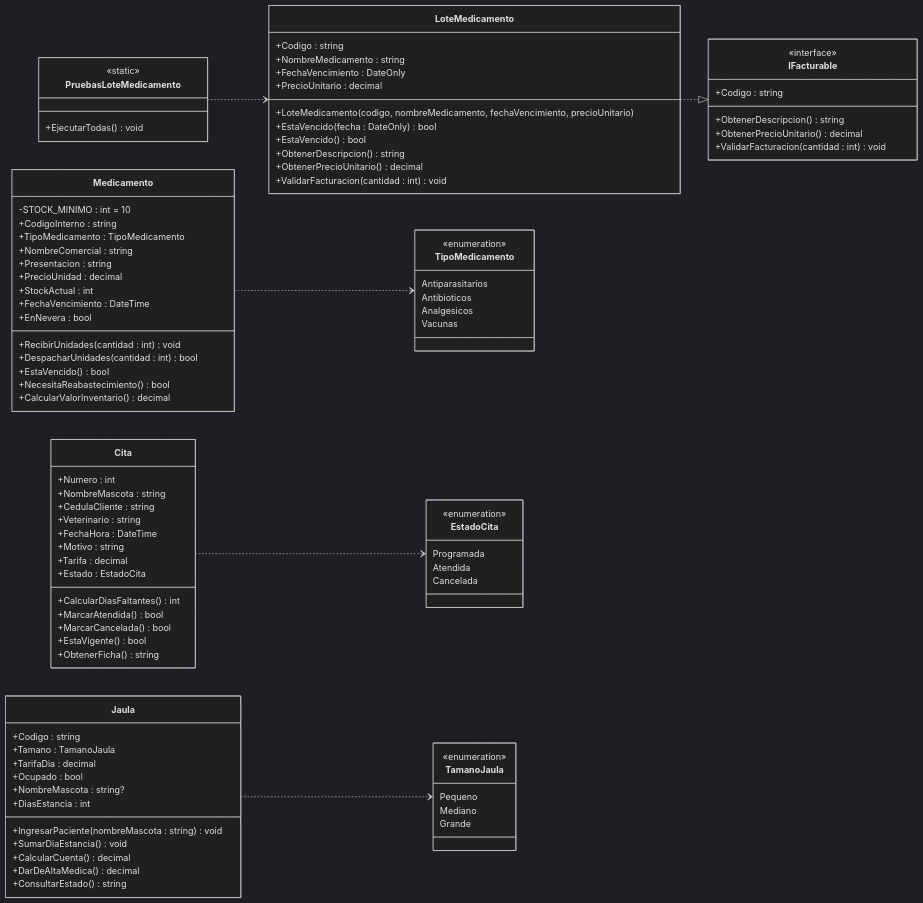
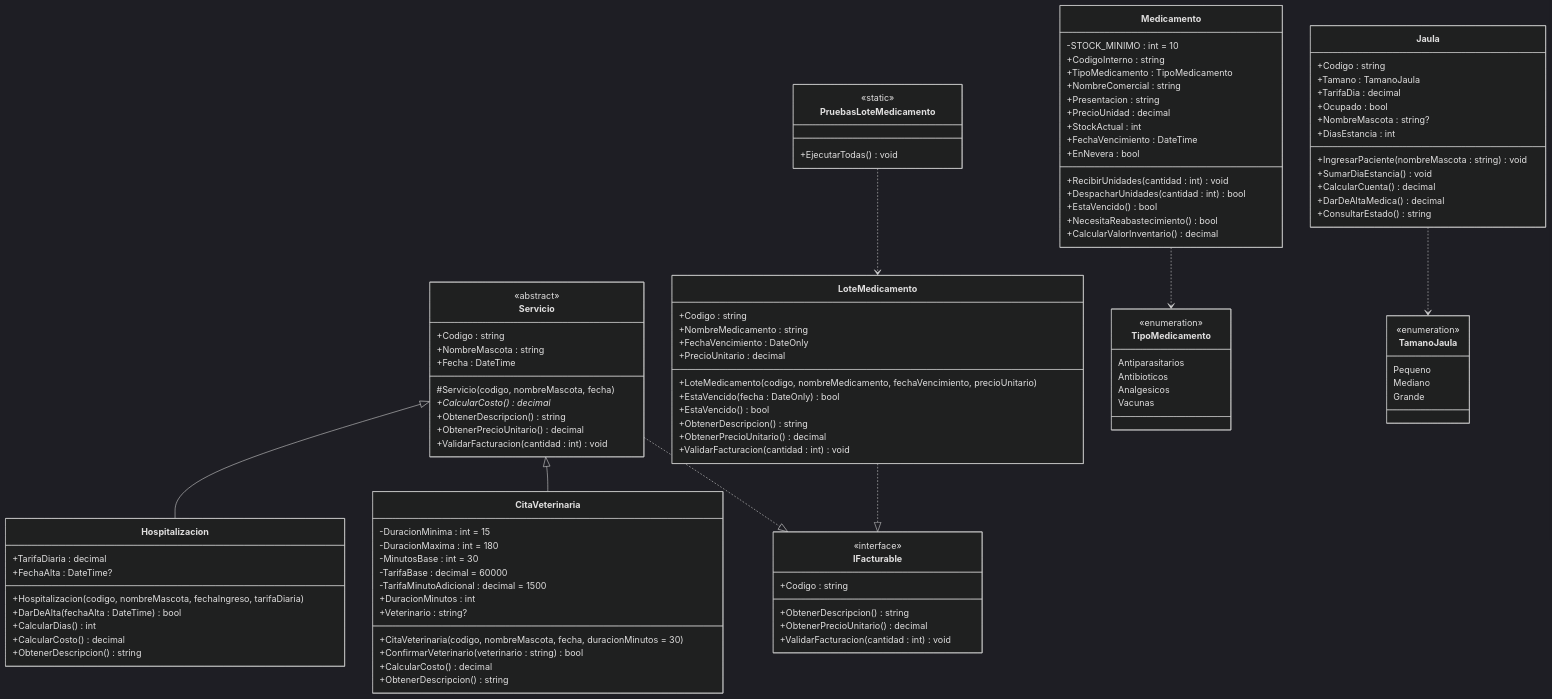
Before and after one commit to AdelRamos-coder/TallerPetCare: the diagram in README.md, drawn with Mermaid (dark theme). The commit also changed other lines of this file and 4 other files, not shown here.

First line of the commit message:
Servicio implementa IFacturable y README actualizado

````diff
--- a/README.md
+++ b/README.md
@@ -43,6 +43,6 @@
 ```mermaid
 classDiagram
-    direction LR
+    direction TB
 
     class IFacturable {
         <<interface>>
@@ -50,6 +50,42 @@
         +ObtenerDescripcion() string
         +ObtenerPrecioUnitario() decimal
         +ValidarFacturacion(cantidad : int) void
+    }
+
+    class Servicio {
+        <<abstract>>
+        +Codigo : string
+        +NombreMascota : string
+        +Fecha : DateTime
+        #Servicio(codigo, nombreMascota, fecha)
+        +CalcularCosto()* decimal
+        +ObtenerDescripcion() string
+        +ObtenerPrecioUnitario() decimal
+        +ValidarFacturacion(cantidad : int) void
+    }
+
+    class CitaVeterinaria {
+        -DuracionMinima : int = 15
+        -DuracionMaxima : int = 180
+        -MinutosBase : int = 30
+        -TarifaBase : decimal = 60000
+        -TarifaMinutoAdicional : decimal = 1500
+        +DuracionMinutos : int
+        +Veterinario : string?
+        +CitaVeterinaria(codigo, nombreMascota, fecha, duracionMinutos = 30)
+        +ConfirmarVeterinario(veterinario : string) bool
+        +CalcularCosto() decimal
+        +ObtenerDescripcion() string
+    }
+
+    class Hospitalizacion {
+        +TarifaDiaria : decimal
+        +FechaAlta : DateTime?
+        +Hospitalizacion(codigo, nombreMascota, fechaIngreso, tarifaDiaria)
+        +DarDeAlta(fechaAlta : DateTime) bool
+        +CalcularDias() int
+        +CalcularCosto() decimal
+        +ObtenerDescripcion() string
     }
 
     class LoteMedicamento {
@@ -87,22 +123,6 @@
         +CalcularValorInventario() decimal
     }
 
-    class Cita {
-        +Numero : int
-        +NombreMascota : string
-        +CedulaCliente : string
-        +Veterinario : string
-        +FechaHora : DateTime
-        +Motivo : string
-        +Tarifa : decimal
-        +Estado : EstadoCita
-        +CalcularDiasFaltantes() int
-        +MarcarAtendida() bool
-        +MarcarCancelada() bool
-        +EstaVigente() bool
-        +ObtenerFicha() string
-    }
-
     class Jaula {
         +Codigo : string
         +Tamano : TamanoJaula
@@ -125,13 +145,6 @@
         Vacunas
     }
 
-    class EstadoCita {
-        <<enumeration>>
-        Programada
-        Atendida
-        Cancelada
-    }
-
     class TamanoJaula {
         <<enumeration>>
         Pequeno
@@ -139,9 +152,11 @@
         Grande
     }
 
+    Servicio ..|> IFacturable
     LoteMedicamento ..|> IFacturable
+    Servicio <|-- CitaVeterinaria
+    Servicio <|-- Hospitalizacion
     PruebasLoteMedicamento ..> LoteMedicamento
     Medicamento ..> TipoMedicamento
-    Cita ..> EstadoCita
     Jaula ..> TamanoJaula
 ```
````
